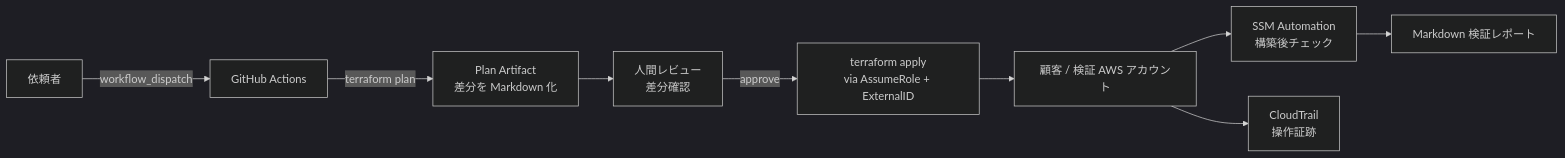
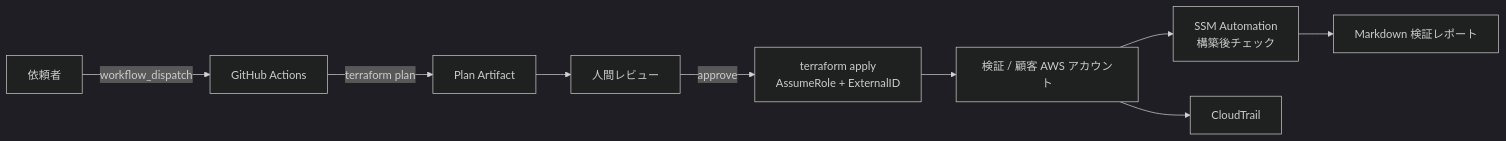
Before and after one commit to Tanasu0417/code-of-life-public: the second of 2 diagrams in aws-deployment-plan.md, drawn with Mermaid (dark theme). The commit also changed other lines of this file and 7 other files, not shown here.

````diff
--- a/aws-deployment-plan.md
+++ b/aws-deployment-plan.md
@@ -265,11 +318,11 @@
 ```mermaid
 graph LR
     DEV[依頼者] -->|workflow_dispatch| GA[GitHub Actions]
-    GA -->|terraform plan| PLAN[Plan Artifact<br/>差分を Markdown 化]
-    PLAN --> REV[人間レビュー<br/>差分確認]
-    REV -->|approve| APPLY[terraform apply<br/>via AssumeRole + ExternalID]
-    APPLY --> AWS[顧客 / 検証 AWS アカウント]
+    GA -->|terraform plan| PLAN[Plan Artifact]
+    PLAN --> REV[人間レビュー]
+    REV -->|approve| APPLY[terraform apply<br/>AssumeRole + ExternalID]
+    APPLY --> AWS[検証 / 顧客 AWS アカウント]
     AWS --> SSM[SSM Automation<br/>構築後チェック]
     SSM --> RPT[Markdown 検証レポート]
-    AWS --> CT[CloudTrail<br/>操作証跡]
+    AWS --> CT[CloudTrail]
 ```
````
